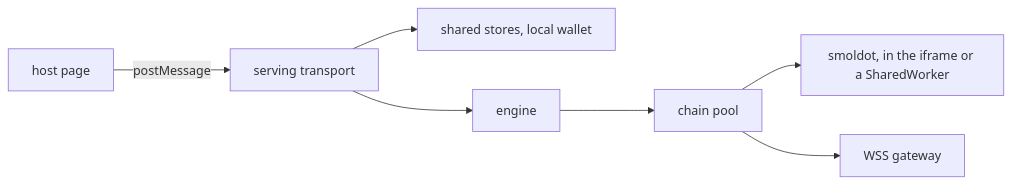
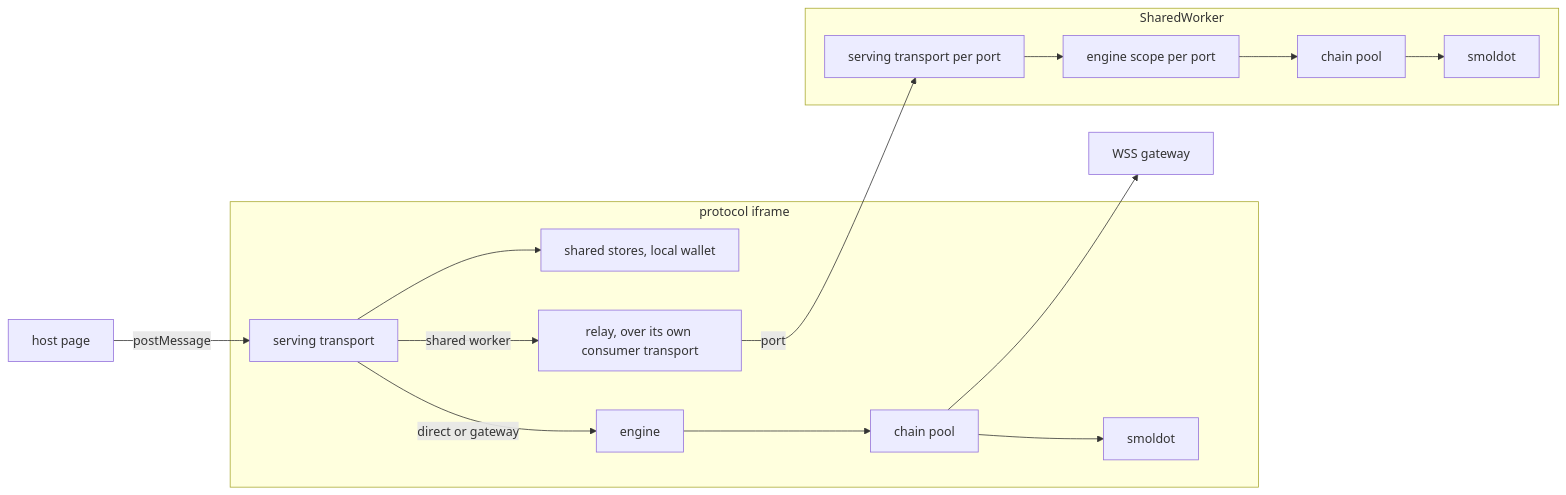
The diagram in apps/protocol/README.md (paritytech/dotli-community), drawn with Mermaid before and after one commit.

Commit message:
docs(protocol-app): the diagram draws the SharedWorker path beside the direct one

````diff
--- a/apps/protocol/README.md
+++ b/apps/protocol/README.md
@@ -72,8 +72,16 @@
 ```mermaid
 flowchart LR
-  host[host page] -- postMessage --> serving[serving transport]
-  serving --> stores["shared stores, local wallet"]
-  serving --> engine --> pool[chain pool]
-  pool --> smoldot["smoldot, in the iframe or a SharedWorker"]
+  host[host page] -- postMessage --> serving
+  subgraph frame[protocol iframe]
+    serving[serving transport] --> stores["shared stores, local wallet"]
+    serving -- direct or gateway --> engine --> pool[chain pool]
+    pool --> smoldot
+    serving -- shared worker --> relay["relay, over its own consumer transport"]
+  end
   pool --> gateway[WSS gateway]
+  relay -- port --> portServing
+  subgraph worker[SharedWorker]
+    portServing[serving transport per port] --> scope[engine scope per port] --> workerPool[chain pool]
+    workerPool --> workerSmoldot[smoldot]
+  end
 ```
````
